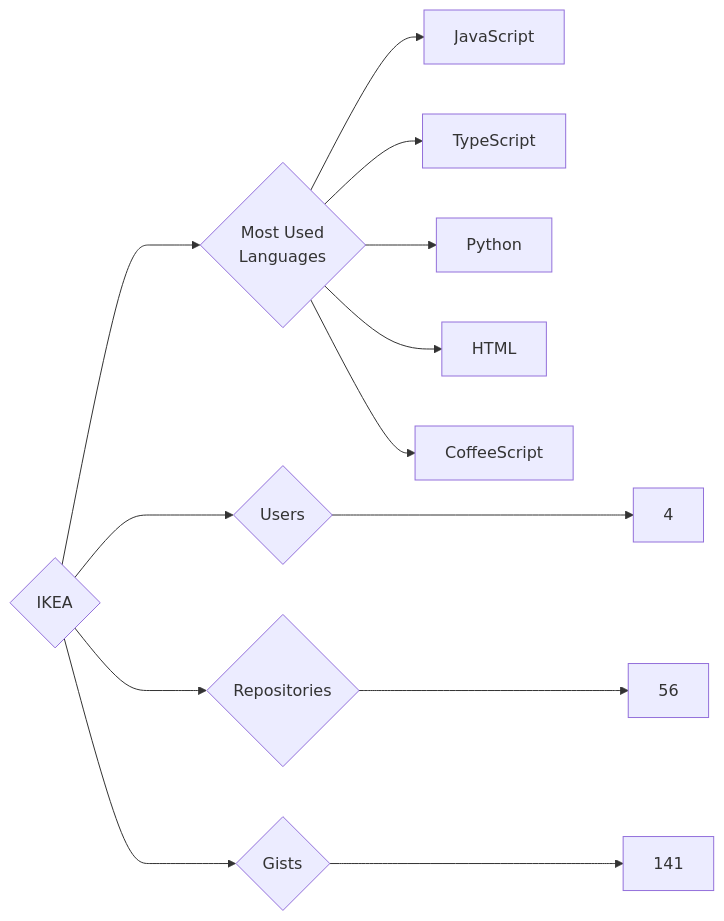
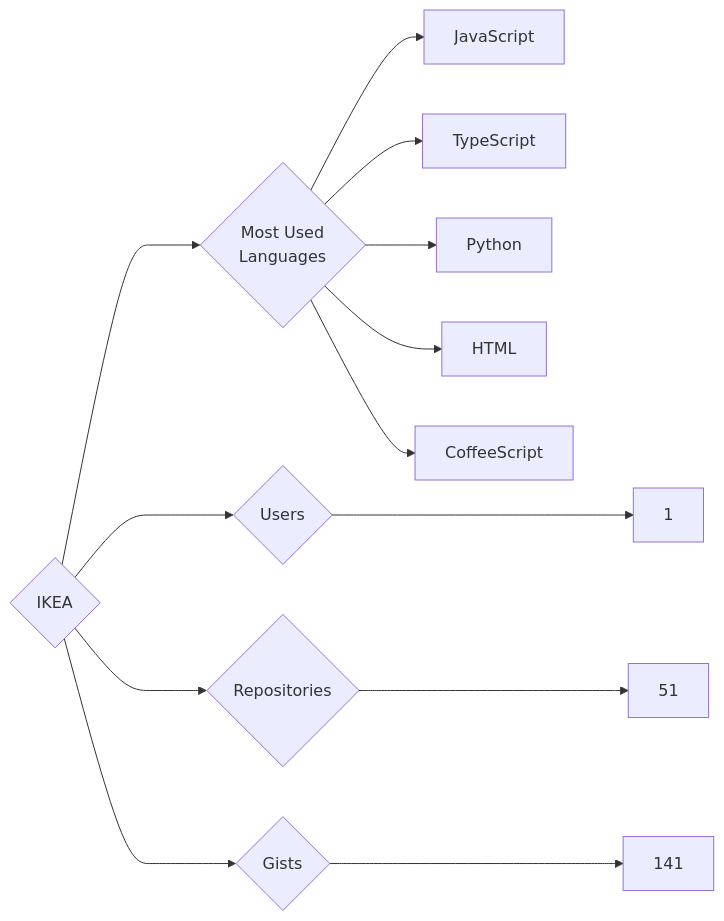
One commit to trickest/insiders changed the diagram in targets/IKEA/README.md. Above: the diagram before and after it, drawn with Mermaid. The commit also changed 1030 other files, not shown here.

````diff
--- a/targets/IKEA/README.md
+++ b/targets/IKEA/README.md
@@ -3,13 +3,13 @@
 ```mermaid
 graph LR
 COMPANY_NAME{IKEA}
-COMPANY_NAME ---> U{Users} ---> UN[4]
-COMPANY_NAME ---> R{Repositories} ---> RN[56]
+COMPANY_NAME ---> U{Users} ---> UN[1]
+COMPANY_NAME ---> R{Repositories} ---> RN[51]
 COMPANY_NAME ---> G{Gists} ---> GN[141]
 COMPANY_NAME ---> ML{Most Used<br>Languages}
 ML --> JavaScript[JavaScript]
 ML --> TypeScript[TypeScript]
 ML --> Python[Python]
 ML --> HTML[HTML]
 ML --> CoffeeScript[CoffeeScript]
 ```
````
